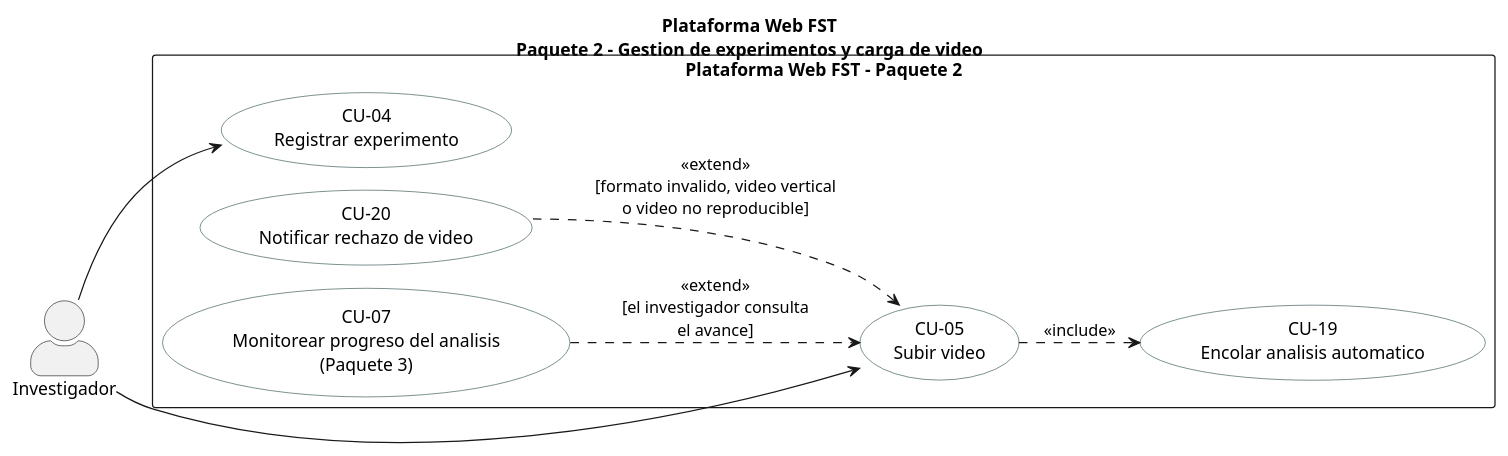
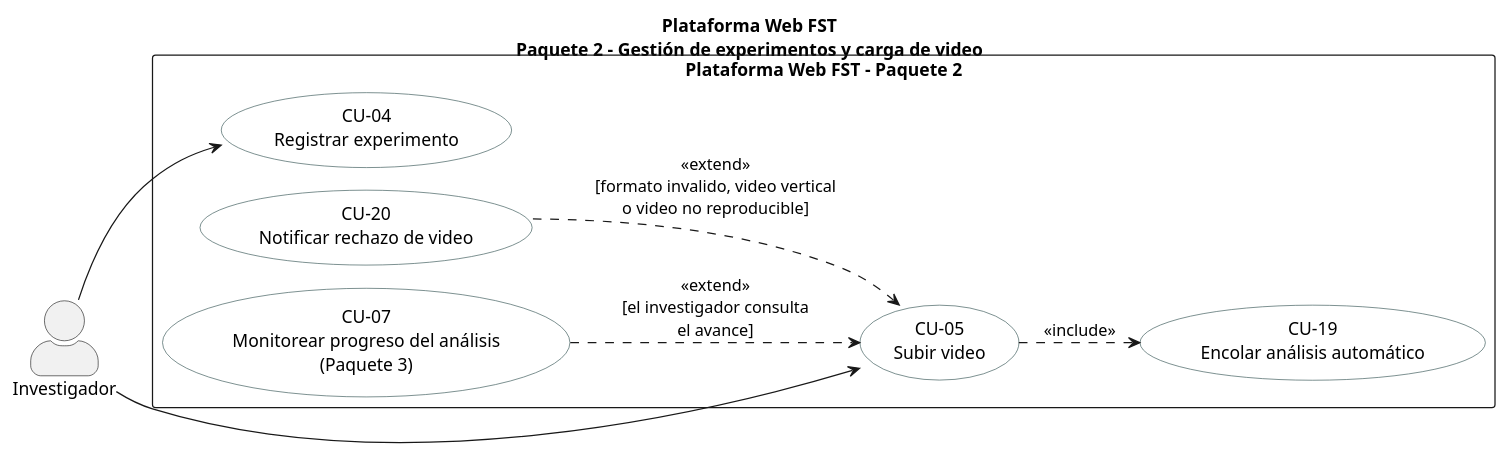
One commit to ErickJester/fst-ai-system-latex changed the diagram in diagramas/puml/cu_paquete2.puml. Above: the diagram before and after it, drawn with PlantUML. The commit also changed 25 other files, not shown here.

```diff
--- a/diagramas/puml/cu_paquete2.puml
+++ b/diagramas/puml/cu_paquete2.puml
@@ -1,24 +1,24 @@
 @startuml
 !pragma layout smetana
-title Plataforma Web FST\nPaquete 2 - Gestion de experimentos y carga de video
+title Plataforma Web FST\nPaquete 2 - Gestión de experimentos y carga de video
 left to right direction
 skinparam packageStyle rectangle
 skinparam actorStyle awesome
 skinparam usecase {
   BackgroundColor White
   BorderColor DarkSlateGray
 }
 actor "Investigador" as INV
 rectangle "Plataforma Web FST - Paquete 2" {
   usecase "CU-04\nRegistrar experimento" as CU04
   usecase "CU-05\nSubir video" as CU05
-  usecase "CU-19\nEncolar analisis automatico" as CU19
+  usecase "CU-19\nEncolar análisis automático" as CU19
   usecase "CU-20\nNotificar rechazo de video" as CU20
-  usecase "CU-07\nMonitorear progreso del analisis\n(Paquete 3)" as CU07
+  usecase "CU-07\nMonitorear progreso del análisis\n(Paquete 3)" as CU07
 }
 INV --> CU04
 INV --> CU05
 CU05 ..> CU19 : <<include>>
 CU20 ..> CU05 : <<extend>>\n[formato invalido, video vertical\no video no reproducible]
 CU07 ..> CU05 : <<extend>>\n[el investigador consulta\nel avance]
 @enduml
```
